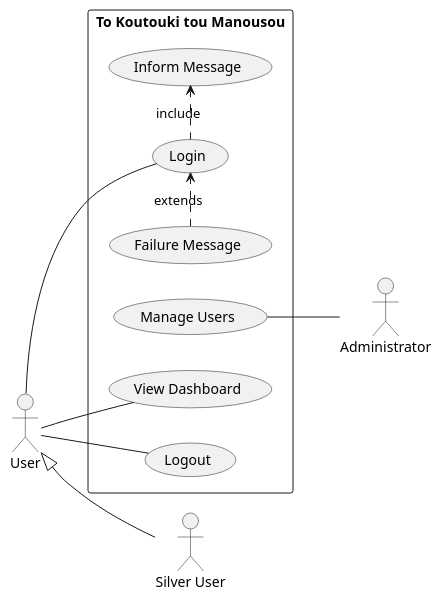
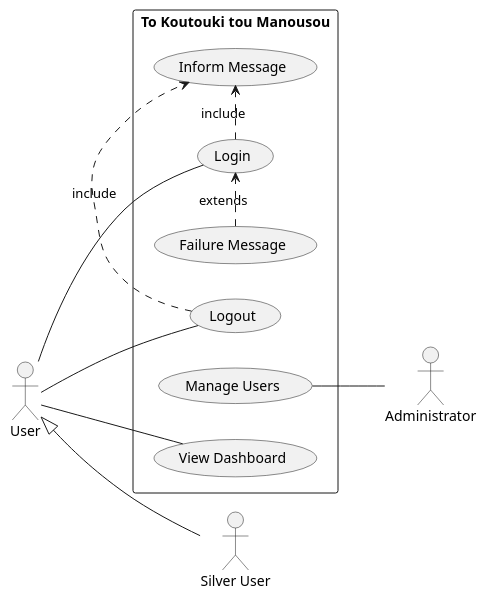
The diagram in use-case.puml (softwareDesign24/collaborateUML-ucd), drawn with PlantUML before and after one commit.

```diff
--- a/use-case.puml
+++ b/use-case.puml
@@ -1,46 +1,47 @@
 @startuml
 
 left to right direction
 
 actor "User" as usr
 actor "Silver User" as s_usr
 actor "Administrator" as admin
 
 rectangle "To Koutouki tou Manousou" {
   usecase "Login" as UC1
   usecase "View Dashboard" as UC2
   usecase "Logout" as UC3
   usecase "Manage Users" as UC4
   usecase "Inform Message" as UC5
   usecase "Failure Message" as UC6
 }
 
 usr -- UC1
 usr -- UC2
 usr -- UC3
 admin -up- UC4
 
 UC1 .> UC5 : include
+UC3 .> UC5 : include
 UC6 .> UC1 : extends
 
 usr <|-- s_usr
 
 
 
 
 
 
 
 
 
 
 
 
 
 
 
 
 
 
 
 @enduml
```
